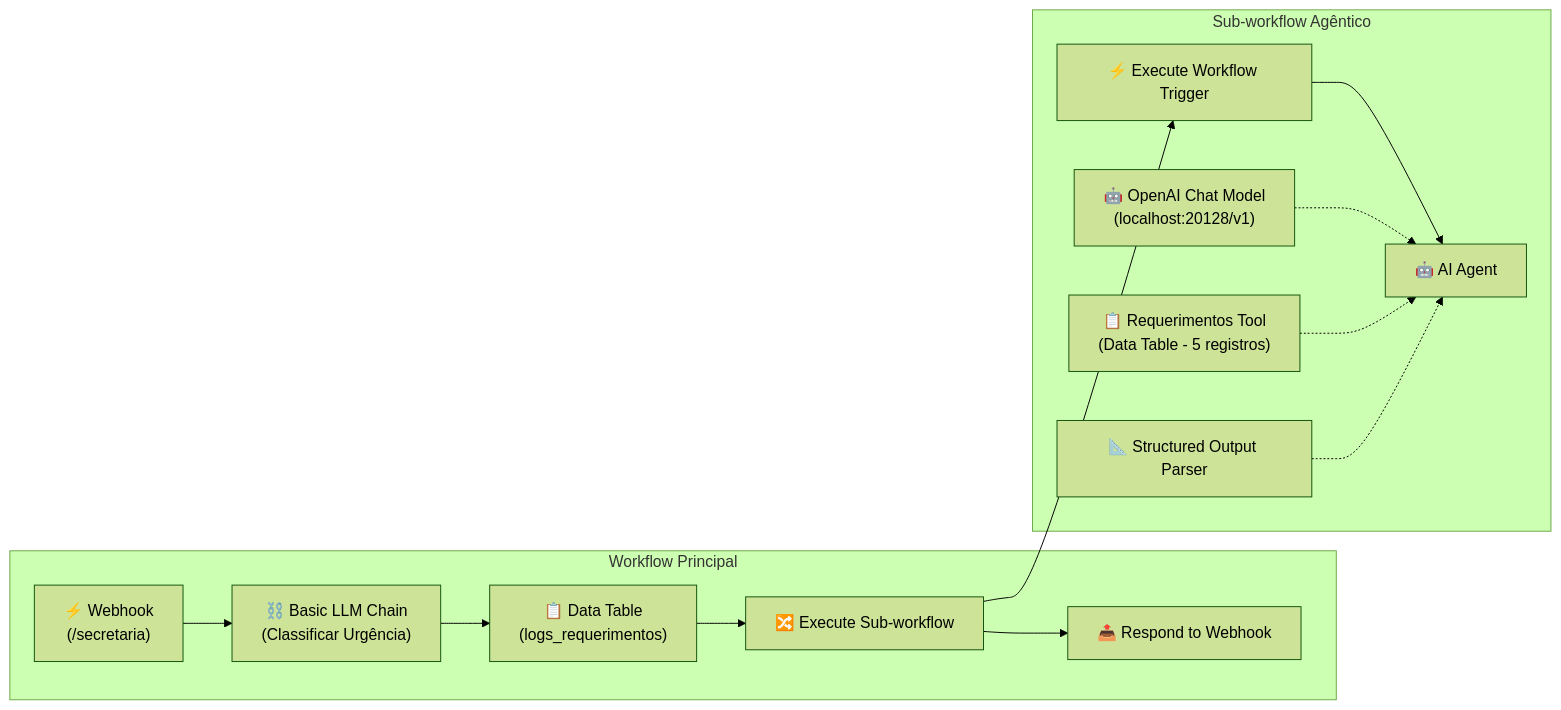
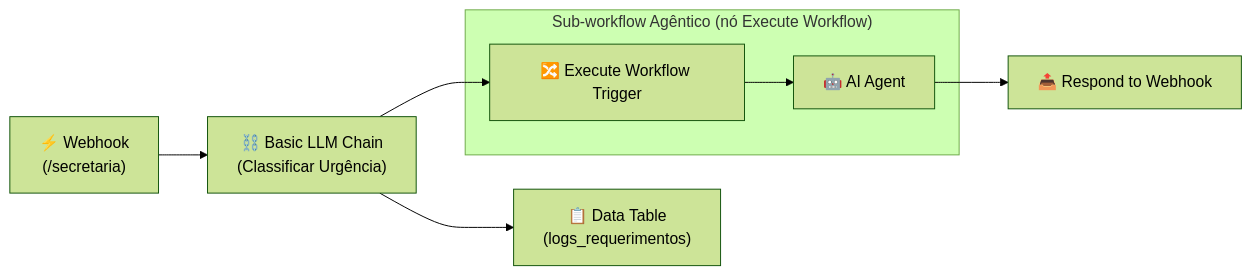
The first of 5 diagrams in pages/n8n/slide-etapa5.md (jcguimaraesnet/course-intelligent-agents), drawn with Mermaid (forest theme) before and after one commit. The commit also changed other lines of this file, not shown here.

Commit message:
docs(n8n): atualizar diagrama mermaid no slide da etapa 5

````diff
--- a/pages/n8n/slide-etapa5.md
+++ b/pages/n8n/slide-etapa5.md
@@ -22,16 +22,10 @@
 ```mermaid {theme: 'dark'}
 flowchart LR
-    subgraph Main ["Workflow Principal"]
-        A["⚡ Webhook<br/>(/secretaria)"] --> B["⛓️ Basic LLM Chain<br/>(Classificar Urgência)"]
-        B --> C["📋 Data Table<br/>(logs_requerimentos)"]
-        C --> D["🔀 Execute Sub-workflow"]
-        D --> E["📤 Respond to Webhook"]
+    A["⚡ Webhook<br/>(/secretaria)"] --> B["⛓️ Basic LLM Chain<br/>(Classificar Urgência)"]
+    B --> C["📋 Data Table<br/>(logs_requerimentos)"]
+    B --> D
+    subgraph Sub ["Sub-workflow Agêntico (nó Execute Workflow)"]
+        D["🔀 Execute Workflow Trigger"] --> G["🤖 AI Agent"]
     end
-    subgraph Sub ["Sub-workflow Agêntico"]
-        F["⚡ Execute Workflow Trigger"] --> G["🤖 AI Agent"]
-        H["🤖 OpenAI Chat Model<br/>(localhost:20128/v1)"] -.-> G
-        I["📋 Requerimentos Tool<br/>(Data Table - 5 registros)"] -.-> G
-        J["📐 Structured Output Parser"] -.-> G
-    end
-    D --> F
+    G --> E["📤 Respond to Webhook"]
 ```
````
